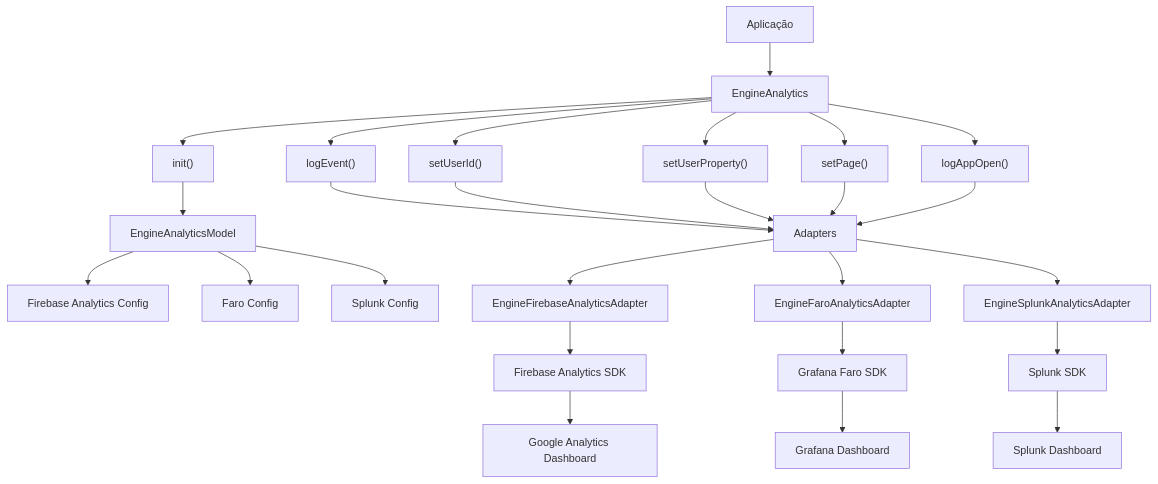
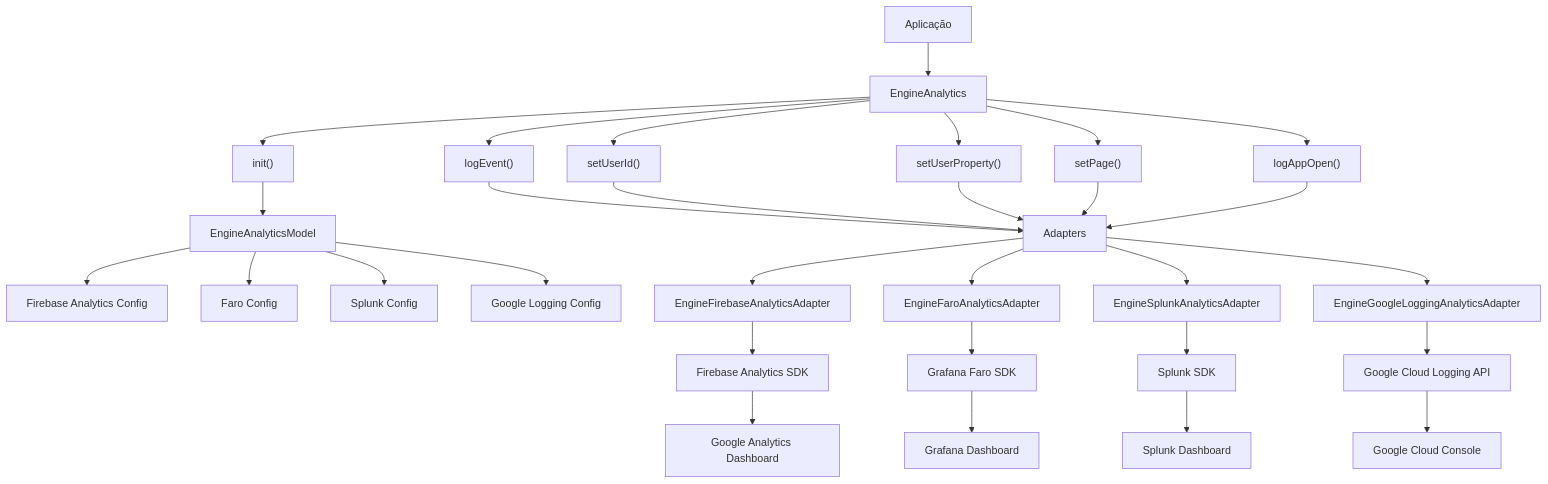
The fourth of 5 diagrams in README.md (moreirawebmaster/engine-tracking), drawn with Mermaid before and after one commit. The commit also changed other lines of this file and 25 other files, not shown here.

````diff
--- a/README.md
+++ b/README.md
@@ -169,34 +168,38 @@
 ```mermaid
 graph TD
     A["Aplicação"] --> B["EngineAnalytics"]
     
     B --> C["init()"]
     B --> D["logEvent()"]
     B --> E["setUserId()"]
     B --> F["setUserProperty()"]
     B --> G["setPage()"]
     B --> H["logAppOpen()"]
     
     C --> I["EngineAnalyticsModel"]
     I --> J["Firebase Analytics Config"]
     I --> K["Faro Config"]
     I --> L["Splunk Config"]
+    I --> M["Google Logging Config"]
     
-    D --> M["Adapters"]
-    E --> M
-    F --> M
-    G --> M
-    H --> M
+    D --> O["Adapters"]
+    E --> O
+    F --> O
+    G --> O
+    H --> O
     
-    M --> N["EngineFirebaseAnalyticsAdapter"]
-    M --> O["EngineFaroAnalyticsAdapter"]
-    M --> P["EngineSplunkAnalyticsAdapter"]
+    O --> P["EngineFirebaseAnalyticsAdapter"]
+    O --> Q["EngineFaroAnalyticsAdapter"]
+    O --> R["EngineSplunkAnalyticsAdapter"]
+    O --> S["EngineGoogleLoggingAnalyticsAdapter"]
     
-    N --> Q["Firebase Analytics SDK"]
-    O --> R["Grafana Faro SDK"]
-    P --> S["Splunk SDK"]
+    P --> T["Firebase Analytics SDK"]
+    Q --> U["Grafana Faro SDK"]
+    R --> V["Splunk SDK"]
+    S --> W["Google Cloud Logging API"]
     
-    Q --> T["Google Analytics Dashboard"]
-    R --> U["Grafana Dashboard"]
-    S --> V["Splunk Dashboard"]
+    T --> X["Google Analytics Dashboard"]
+    U --> Y["Grafana Dashboard"]
+    V --> Z["Splunk Dashboard"]
+    W --> AA["Google Cloud Console"]
 ```
````
